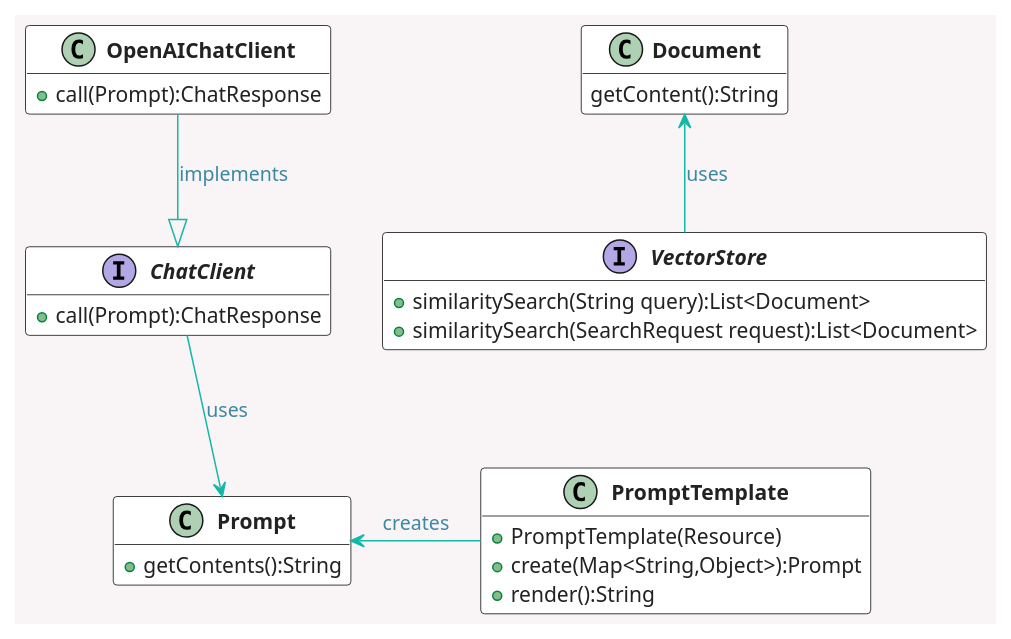
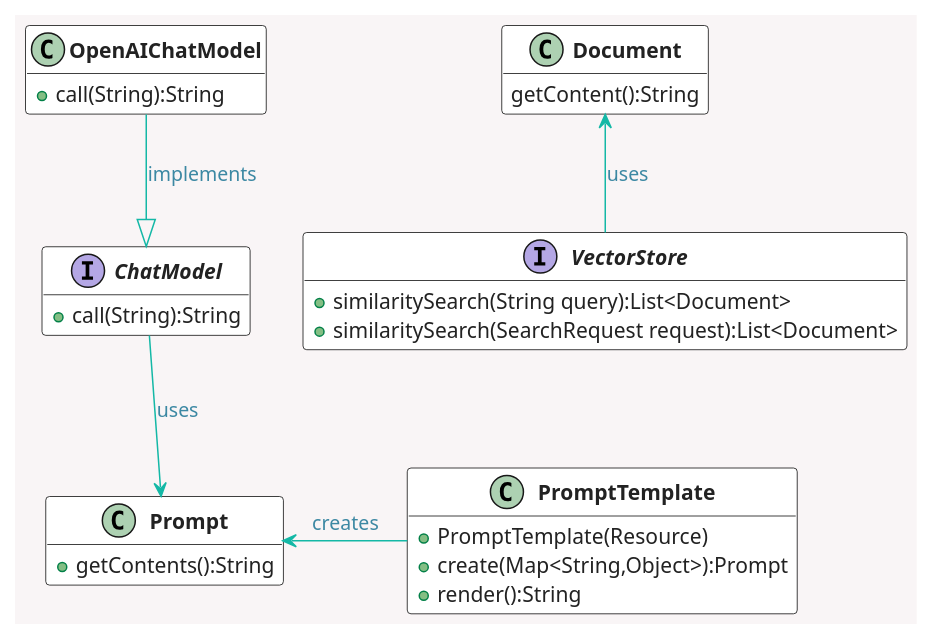
One commit to Kode-Sastra/java-tutorials changed the diagram in springboot-modules/spring-ai-qdrant/src/main/resources/rag/rag_cld.puml. Above: the diagram before and after it, drawn with PlantUML. The commit also changed 19 other files, not shown here.

```diff
--- a/springboot-modules/spring-ai-qdrant/src/main/resources/rag/rag_cld.puml
+++ b/springboot-modules/spring-ai-qdrant/src/main/resources/rag/rag_cld.puml
@@ -1,52 +1,52 @@
 @startuml
 'https://plantuml.com/class-diagram
 set namespaceSeparator none
 hide empty attributes
 skinparam Handwritten false
 skinparam ClassBorderColor black
 'skinparam BackgroundColor #F0EDDE
 skinparam BackgroundColor #f9f5f6
 skinparam ClassAttributeFontColor #222222
 skinparam ClassFontStyle bold
 
 skinparam class {
 ArrowColor #14b8a6
 ArrowFontColor #3C88A3
 hide empty attributes
 skinparam Handwritten false
 skinparam ClassBorderColor black
 BackgroundColor #FFFFFF
 }
 
 interface VectorStore {
   +similaritySearch(String query):List<Document>
   +similaritySearch(SearchRequest request):List<Document>
 }
 
-interface ChatClient {
-  +call(Prompt):ChatResponse
+interface ChatModel {
+  +call(String):String
 }
 
-class OpenAIChatClient {
-  +call(Prompt):ChatResponse
+class OpenAIChatModel {
+  +call(String):String
 }
 class PromptTemplate {
   +PromptTemplate(Resource)
   +create(Map<String,Object>):Prompt
   +render():String
 }
 
 class Prompt {
   +getContents():String
 }
 class Document {
   getContent():String
 }
 
 
-OpenAIChatClient -down-|> ChatClient:implements
-ChatClient -down-> Prompt:uses
+OpenAIChatModel -down-|> ChatModel:implements
+ChatModel -down-> Prompt:uses
 PromptTemplate -left-> Prompt: creates
 VectorStore -up-> Document:uses
 PromptTemplate -[hidden]up-> VectorStore
 @enduml
```
